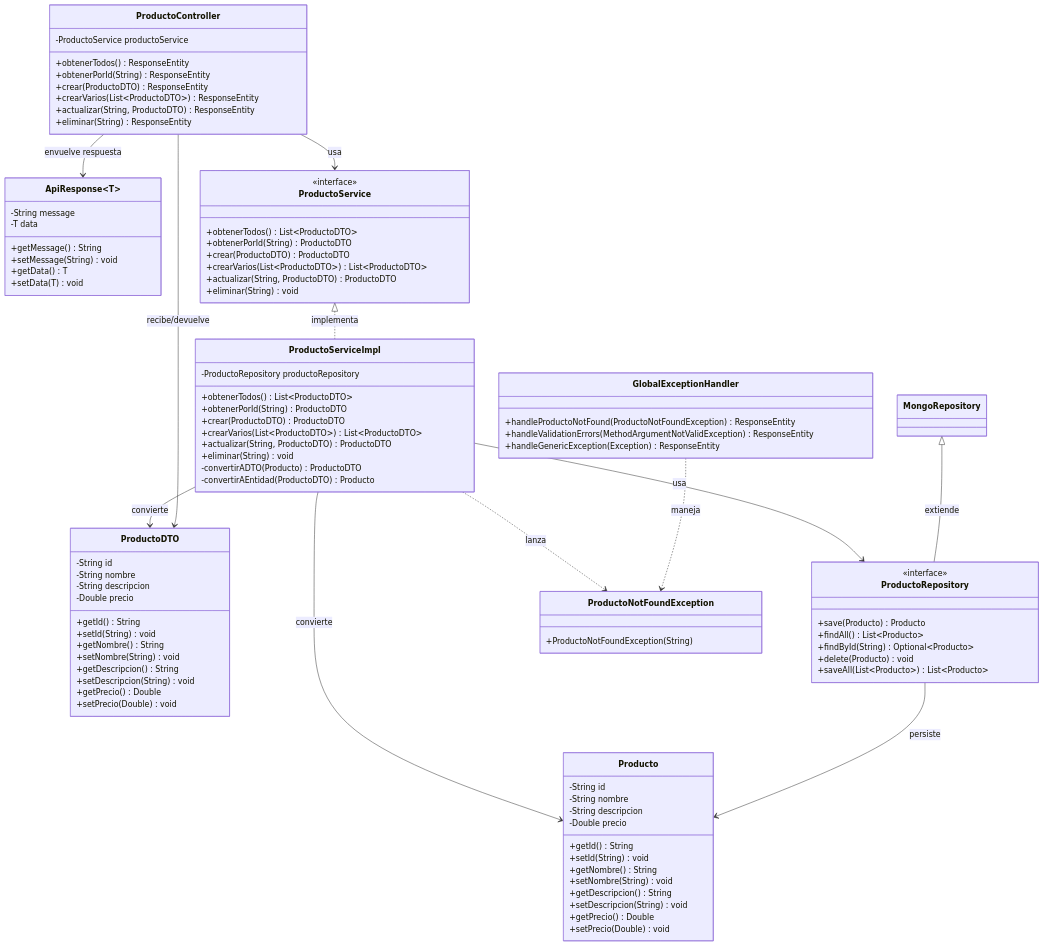
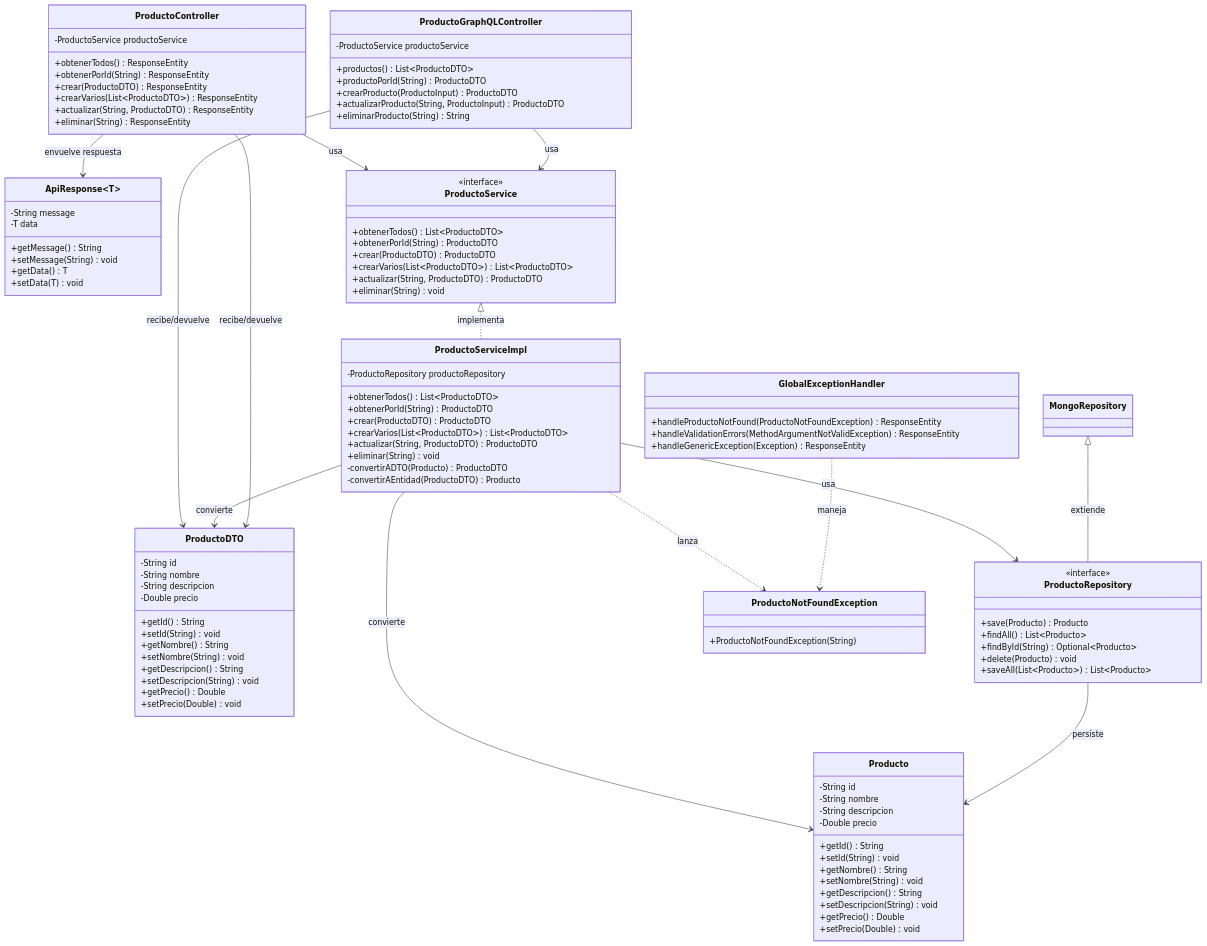
The second of 2 diagrams in README.md (jairfeli2000-web/productos-api-springboot), drawn with Mermaid before and after one commit. The commit also changed other lines of this file, not shown here.

Commit message:
docs: actualizar README con GraphQL en estructura, diagramas y descripcion

```diff
--- a/README.md
+++ b/README.md
@@ -149,6 +157,15 @@
         +eliminar(String) ResponseEntity
     }
 
+    class ProductoGraphQLController {
+        -ProductoService productoService
+        +productos() List~ProductoDTO~
+        +productoPorId(String) ProductoDTO
+        +crearProducto(ProductoInput) ProductoDTO
+        +actualizarProducto(String, ProductoInput) ProductoDTO
+        +eliminarProducto(String) String
+    }
+
     class ProductoNotFoundException {
         +ProductoNotFoundException(String)
     }
@@ -161,6 +178,8 @@
 
     ProductoService <|.. ProductoServiceImpl : implementa
     ProductoController --> ProductoService : usa
+    ProductoGraphQLController --> ProductoService : usa
+    ProductoGraphQLController --> ProductoDTO : recibe/devuelve
     ProductoServiceImpl --> ProductoRepository : usa
     ProductoServiceImpl --> Producto : convierte
     ProductoServiceImpl --> ProductoDTO : convierte
```
